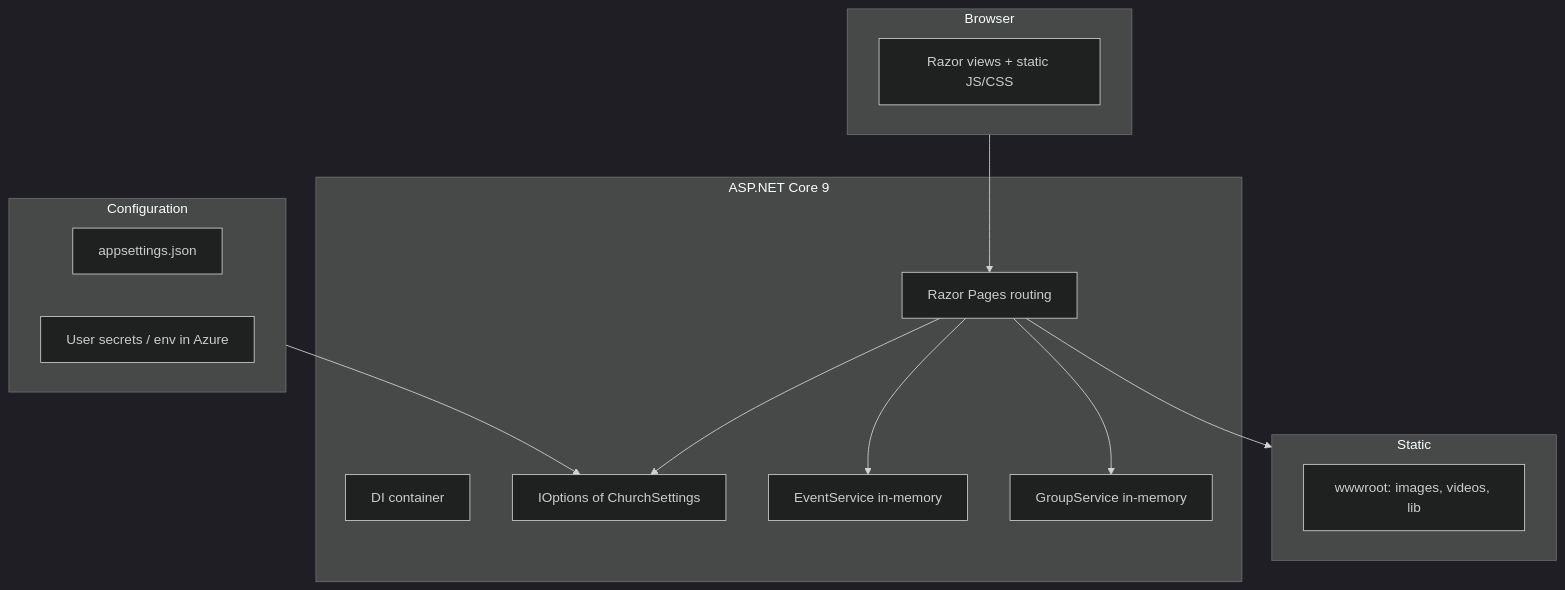
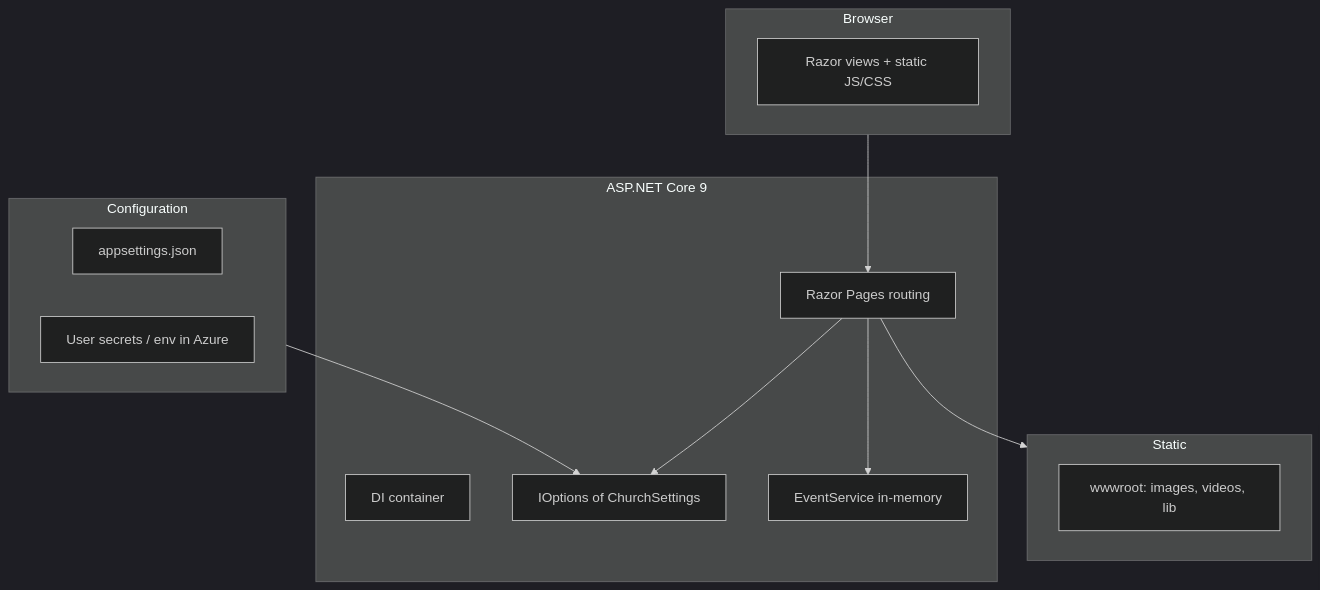
Before and after one commit to ChefRod88/NewBethelMissionaryBaptistChurchWinterHavenFl: the diagram in README.md, drawn with Mermaid (dark theme). The commit also changed other lines of this file and 18 other files, not shown here.

````diff
--- a/README.md
+++ b/README.md
@@ -25,26 +25,24 @@
 ```mermaid
 flowchart TB
   subgraph client [Browser]
     HTML[Razor views + static JS/CSS]
   end
   subgraph aspnet [ASP.NET Core 9]
     RP[Razor Pages routing]
     DI[DI container]
     Opt[IOptions of ChurchSettings]
     EV[EventService in-memory]
-    GR[GroupService in-memory]
   end
   subgraph config [Configuration]
     apps[appsettings.json]
     sec[User secrets / env in Azure]
   end
   subgraph static [Static]
     root[wwwroot: images, videos, lib]
   end
   client --> RP
   RP --> Opt
   RP --> EV
-  RP --> GR
   config --> Opt
   RP --> static
 ```
````
